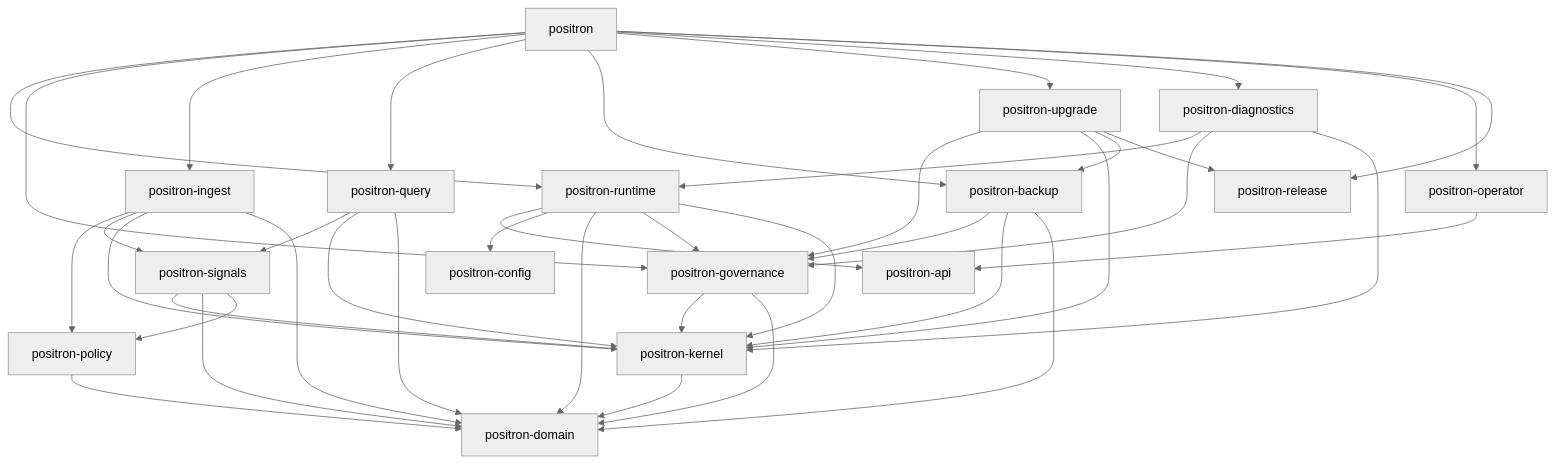
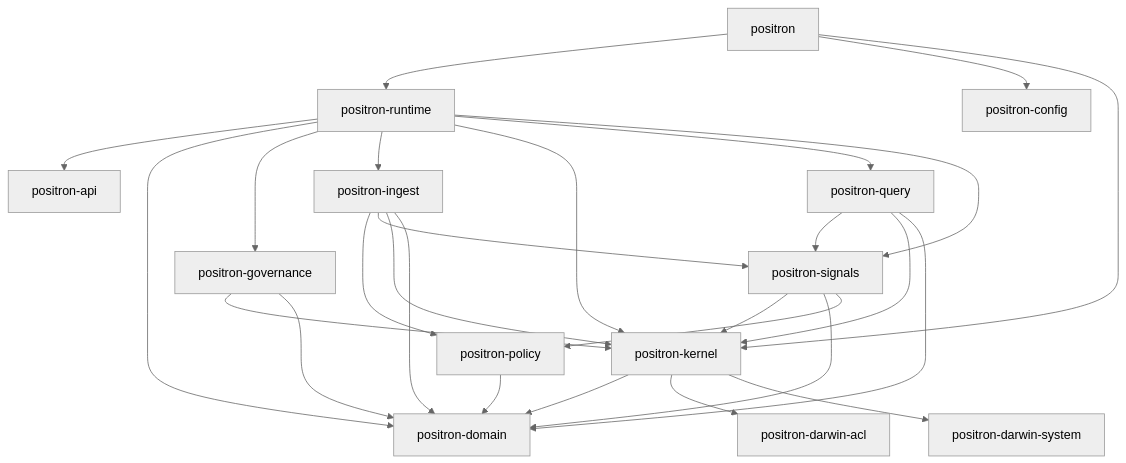
The fifth of 5 diagrams in docs/application-design.md (guaracloud/positron), drawn with Mermaid (neutral theme) before and after one commit. The commit also changed other lines of this file and 12 other files, not shown here.

````diff
--- a/docs/application-design.md
+++ b/docs/application-design.md
@@ -1303,60 +1303,44 @@
 ```mermaid
 flowchart TD
     app["positron"]
     domain["positron-domain"]
     api["positron-api"]
     config["positron-config"]
     runtime["positron-runtime"]
     kernel["positron-kernel"]
+    darwin_acl["positron-darwin-acl"]
+    darwin_system["positron-darwin-system"]
     signals["positron-signals"]
     governance["positron-governance"]
     policy["positron-policy"]
     ingest["positron-ingest"]
     query["positron-query"]
-    backup["positron-backup"]
-    upgrade["positron-upgrade"]
-    diagnostics["positron-diagnostics"]
-    operator["positron-operator"]
-    release["positron-release"]
 
     app --> runtime
-    app --> governance
-    app --> ingest
-    app --> query
-    app --> backup
-    app --> upgrade
-    app --> diagnostics
-    app --> operator
-    app --> release
+    app --> config
+    app --> kernel
 
     runtime --> api
-    runtime --> config
     runtime --> domain
     runtime --> governance
+    runtime --> ingest
     runtime --> kernel
+    runtime --> query
+    runtime --> signals
     kernel --> domain
+    kernel --> darwin_acl
+    kernel --> darwin_system
     signals --> kernel
     signals --> domain
     signals --> policy
     governance --> kernel
     governance --> domain
     policy --> domain
     ingest --> policy
     ingest --> signals
     ingest --> kernel
     ingest --> domain
     query --> signals
     query --> kernel
     query --> domain
-    backup --> governance
-    backup --> kernel
-    backup --> domain
-    upgrade --> governance
-    upgrade --> kernel
-    upgrade --> backup
-    upgrade --> release
-    diagnostics --> runtime
-    diagnostics --> governance
-    diagnostics --> kernel
-    operator --> api
 ```
````
